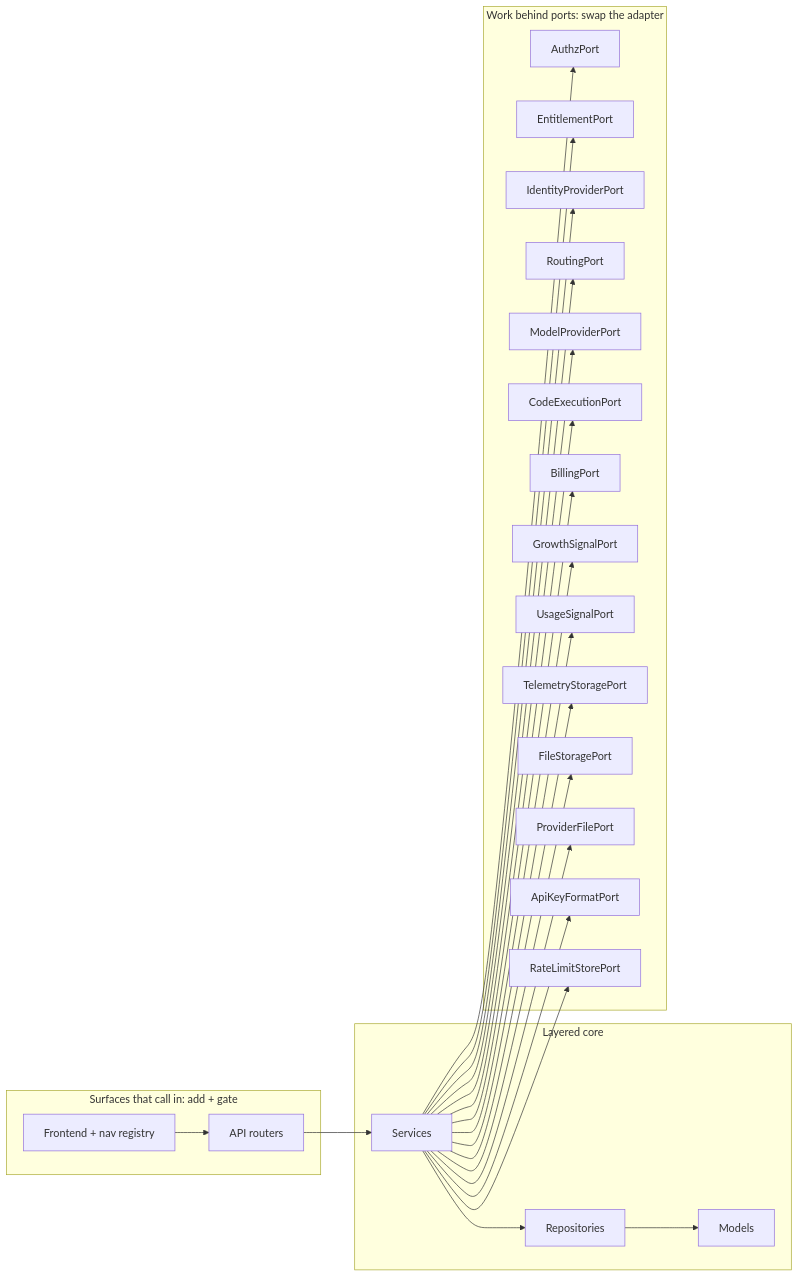
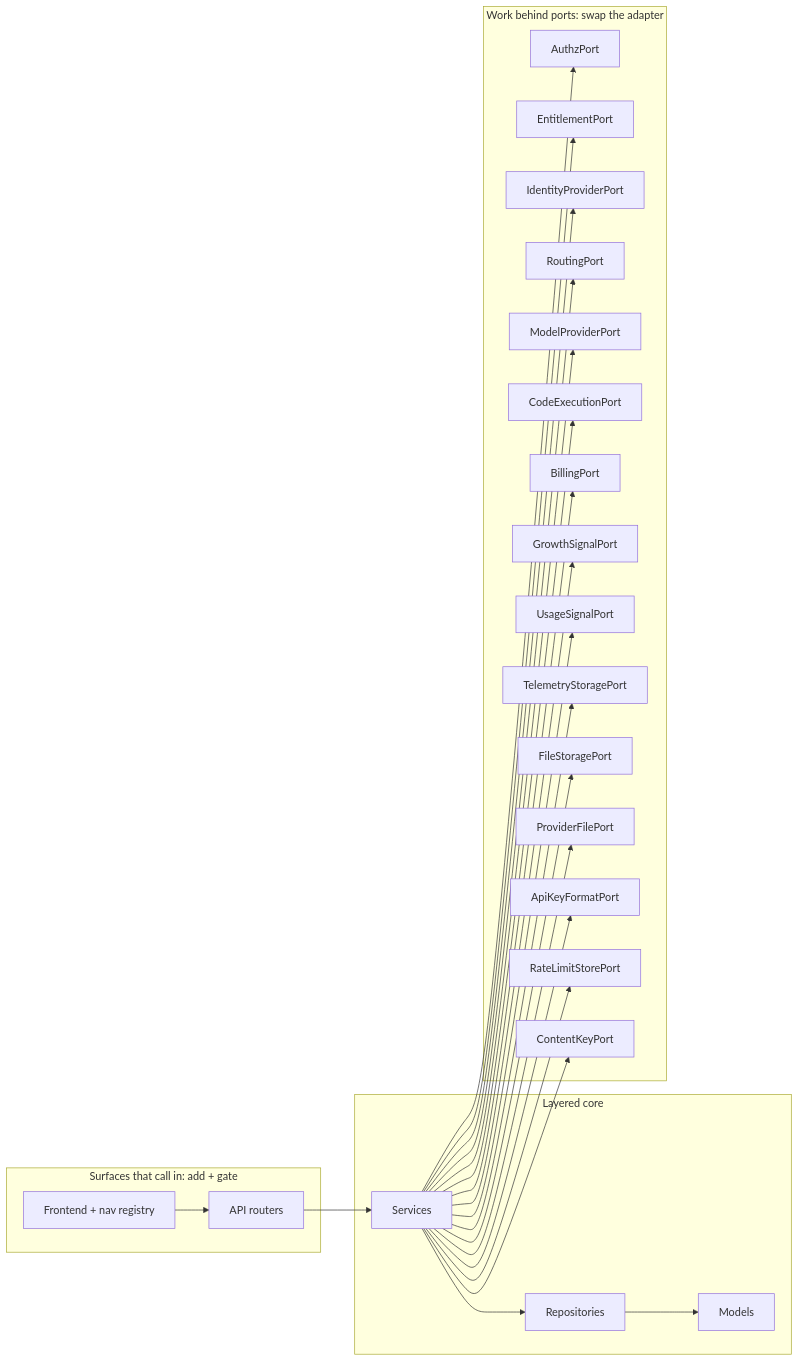
The second of 2 diagrams in ARCHITECTURE.md (giawabot/otari), drawn with Mermaid before and after one commit. The commit also changed other lines of this file and 86 other files, not shown here.

First line of the commit message:
feat(traces)!: keep session content private, sealed with OTARI_SECRET_KEY or AWS KMS (#2614)

````diff
--- a/ARCHITECTURE.md
+++ b/ARCHITECTURE.md
@@ -84,43 +85,45 @@
 ```mermaid
 flowchart LR
     subgraph driving["Surfaces that call in: add + gate"]
         UI["Frontend + nav registry"]
         API["API routers"]
     end
     subgraph core["Layered core"]
         SVC[Services]
         REPO[Repositories]
         MOD[Models]
     end
     subgraph driven["Work behind ports: swap the adapter"]
         AP[AuthzPort]
         EP[EntitlementPort]
         IP[IdentityProviderPort]
         RP[RoutingPort]
         MP[ModelProviderPort]
         CP[CodeExecutionPort]
         BP[BillingPort]
         GP[GrowthSignalPort]
         US[UsageSignalPort]
         TP[TelemetryStoragePort]
         FP[FileStoragePort]
         PF[ProviderFilePort]
         KP[ApiKeyFormatPort]
         RL[RateLimitStorePort]
+        CK[ContentKeyPort]
     end
     UI --> API --> SVC --> REPO --> MOD
     SVC --> AP
     SVC --> EP
     SVC --> IP
     SVC --> RP
     SVC --> MP
     SVC --> CP
     SVC --> BP
     SVC --> GP
     SVC --> US
     SVC --> TP
     SVC --> FP
     SVC --> PF
     SVC --> KP
     SVC --> RL
+    SVC --> CK
 ```
````
